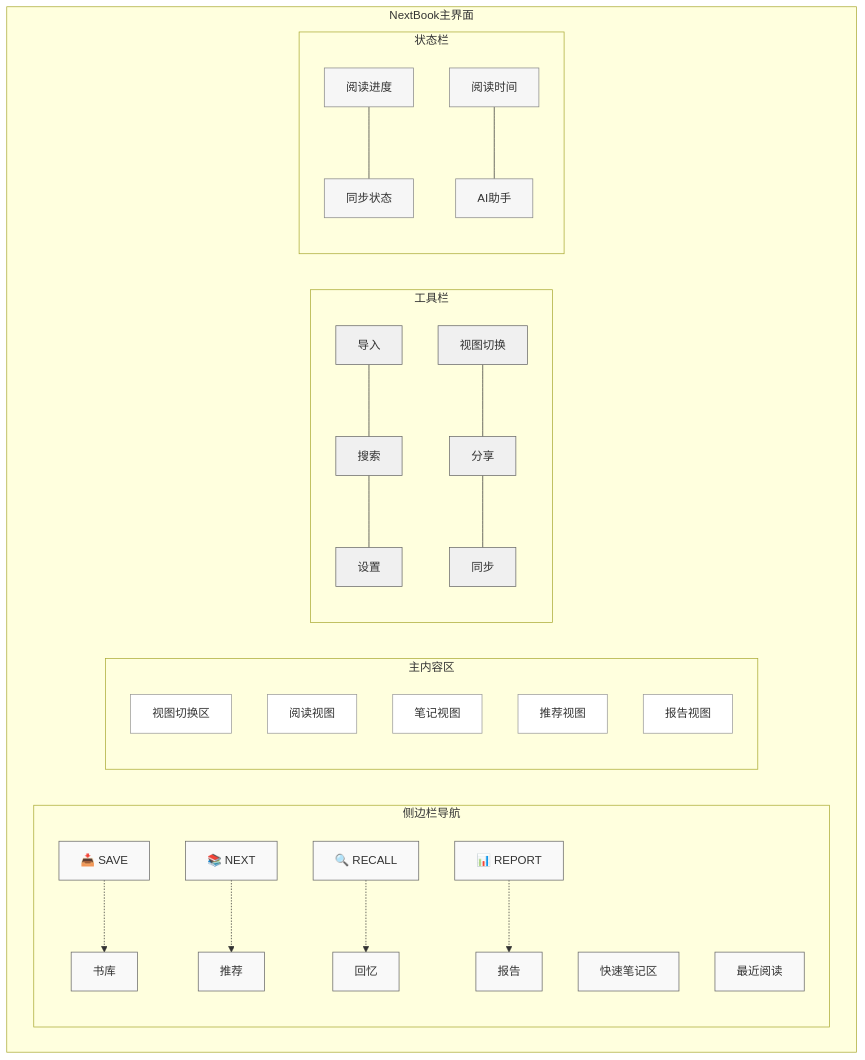
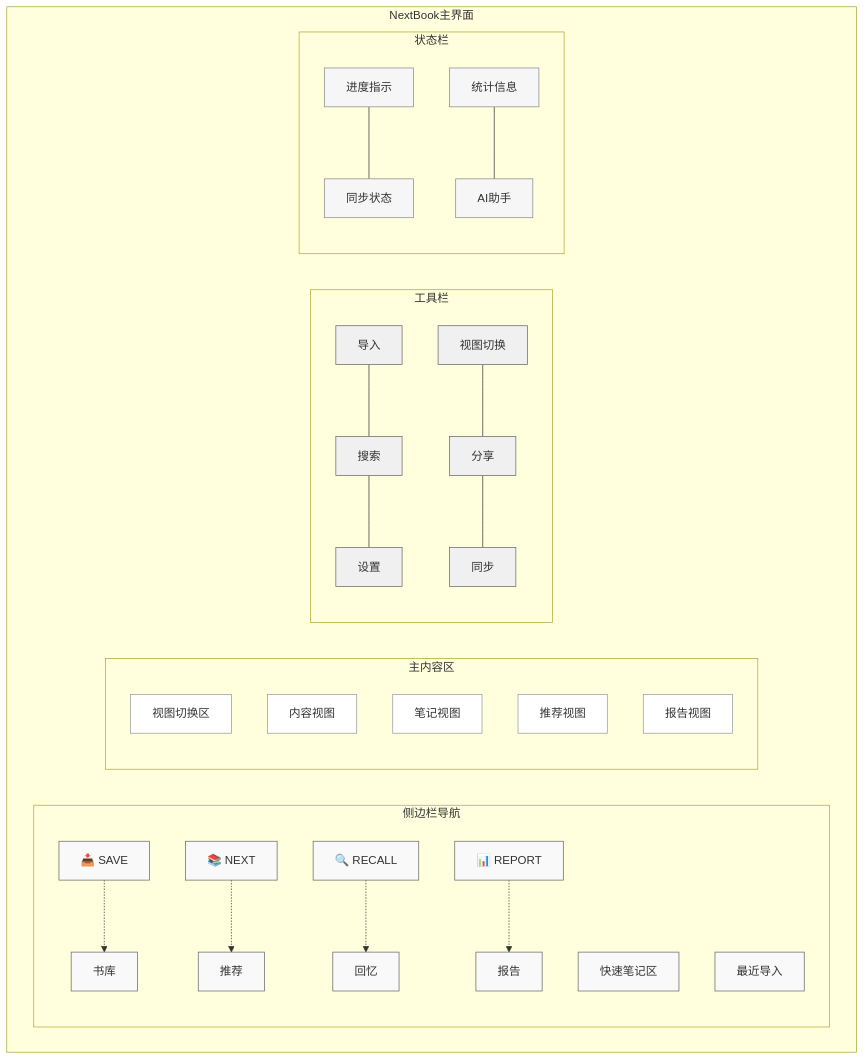
Diagram 11 of 19 in MyStartups/NextBook/README.md (EnigmaWU/MyLLM_Arena), drawn with Mermaid before and after one commit. The commit also changed other lines of this file, not shown here.

````diff
--- a/MyStartups/NextBook/README.md
+++ b/MyStartups/NextBook/README.md
@@ -594,43 +595,43 @@
 ```mermaid
 graph TD
     subgraph "NextBook主界面"
         direction LR
         
         subgraph "侧边栏导航"
             N1[📥 SAVE] -.-> N5[书库]
             N2[📚 NEXT] -.-> N6[推荐]
             N3[🔍 RECALL] -.-> N7[回忆]
             N4[📊 REPORT] -.-> N8[报告]
             N9[快速笔记区]
-            N10[最近阅读]
+            N10[最近导入]
         end
         
         subgraph "主内容区"
             C[视图切换区]
-            C1[阅读视图]
+            C1[内容视图]
             C2[笔记视图]
             C3[推荐视图]
             C4[报告视图]
         end
         
         subgraph "工具栏"
             T1[导入] --- T2[搜索] --- T3[设置]
             T4[视图切换] --- T5[分享] --- T6[同步]
         end
         
         subgraph "状态栏"
-            S1[阅读进度] --- S2[同步状态]
-            S3[阅读时间] --- S4[AI助手]
+            S1[进度指示] --- S2[同步状态]
+            S3[统计信息] --- S4[AI助手]
         end
     end
     
     classDef nav fill:#f9f9f9,stroke:#666
     classDef content fill:#ffffff,stroke:#999
     classDef tools fill:#f0f0f0,stroke:#666
     classDef status fill:#f6f6f6,stroke:#888
     
     class N1,N2,N3,N4,N5,N6,N7,N8,N9,N10 nav
     class C,C1,C2,C3,C4 content
     class T1,T2,T3,T4,T5,T6 tools
     class S1,S2,S3,S4 status
 ```
````
